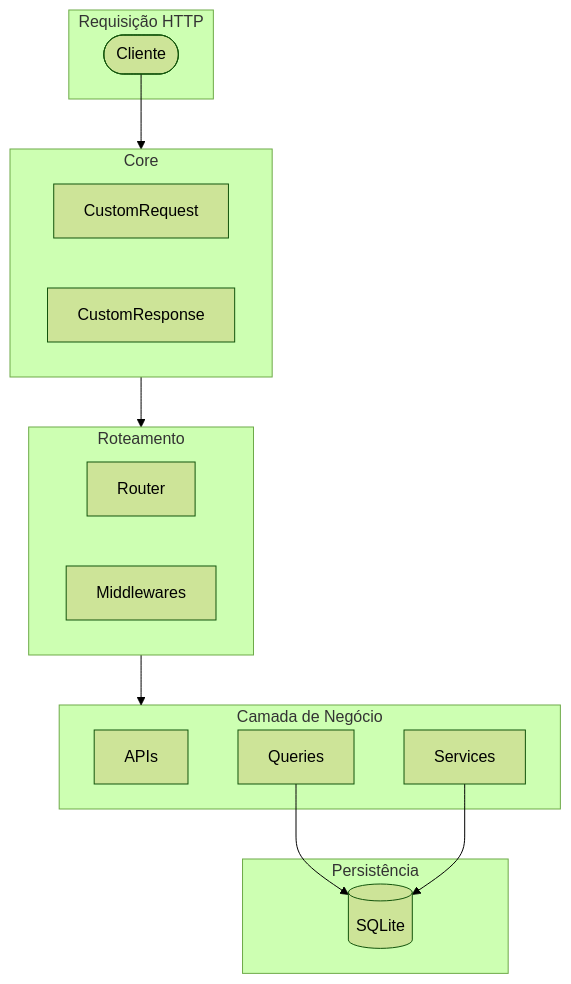
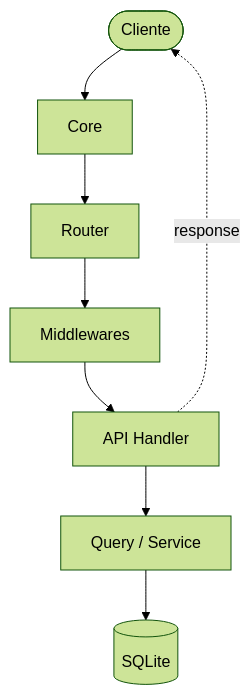
Before and after one commit to Fpanizio/LMS: the diagram in README.md, drawn with Mermaid (forest theme). The commit also changed 6 other files, not shown here.

````diff
--- a/README.md
+++ b/README.md
@@ -30,33 +30,11 @@
 ```mermaid
-flowchart TB
-    subgraph Request["Requisição HTTP"]
-        Client([Cliente])
-    end
-
-    subgraph Core["Core"]
-        direction LR
-        CustomReq[CustomRequest]
-        CustomRes[CustomResponse]
-    end
-
-    subgraph Routing["Roteamento"]
-        Router[Router]
-        Middlewares[Middlewares]
-    end
-
-    subgraph Business["Camada de Negócio"]
-        Api[APIs]
-        Query[Queries]
-        Services[Services]
-    end
-
-    subgraph Data["Persistência"]
-        Database[(SQLite)]
-    end
-
-    Client --> Core
-    Core --> Routing
-    Routing --> Business
-    Query --> Database
-    Services --> Database
+flowchart TD
+    A([Cliente]) --> B[Core]
+    B --> C[Router]
+    C --> D[Middlewares]
+    D --> E[API Handler]
+    E --> F[Query / Service]
+    F --> G[(SQLite)]
+    
+    E -.->|response| A
 ```
````
